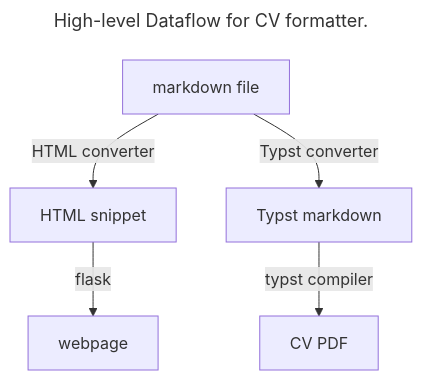
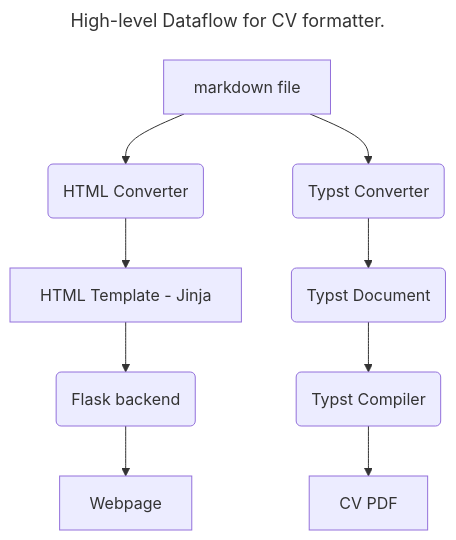
The diagram in README.md (jack4hughes/cv), drawn with Mermaid before and after one commit. The commit also changed other lines of this file and 2 other files, not shown here.

Commit message:
updated readme, removed files

````diff
--- a/README.md
+++ b/README.md
@@ -7,13 +9,18 @@
 ```mermaid
 ---
 title: High-level Dataflow for CV formatter.
 ---
 graph TB
 	markdown[markdown file]
 	pdf[CV PDF]
-	HTML[HTML snippet]
-	webpage
+	Typst_converter(Typst Converter)
+	Typst_document(Typst Document)
+	Typst_compiler(Typst Compiler)
+	HTML_converter(HTML Converter)
+	HTML_template[HTML Template - Jinja]
+	Flask(Flask backend)
+	Webpage
 	
-	markdown -- HTML converter --> HTML --  flask --> webpage
-	markdown -- Typst converter --> typst[Typst markdown] -- typst compiler --> pdf
+	markdown --> HTML_converter -->  HTML_template --> Flask --> Webpage
+	markdown --> Typst_converter -->  Typst_document --> Typst_compiler --> pdf
 ```
````
